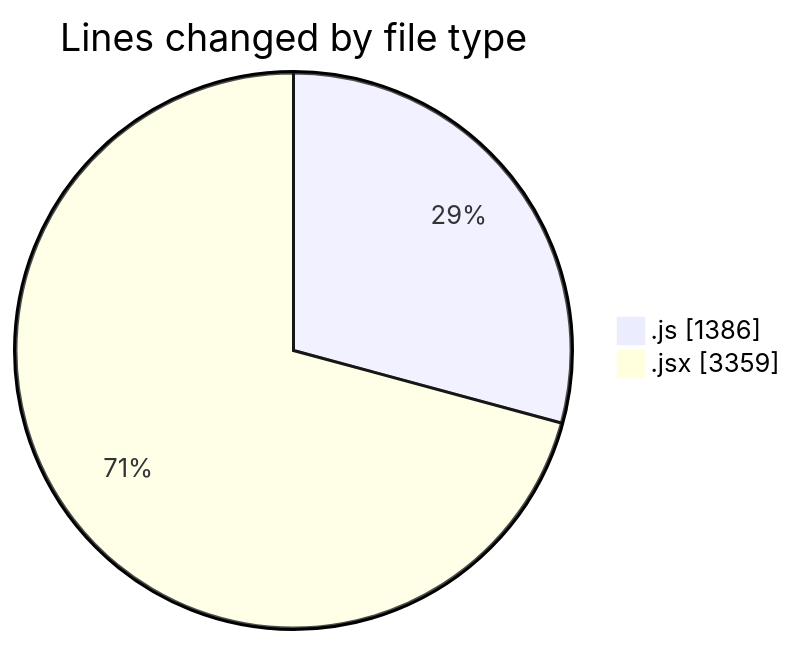
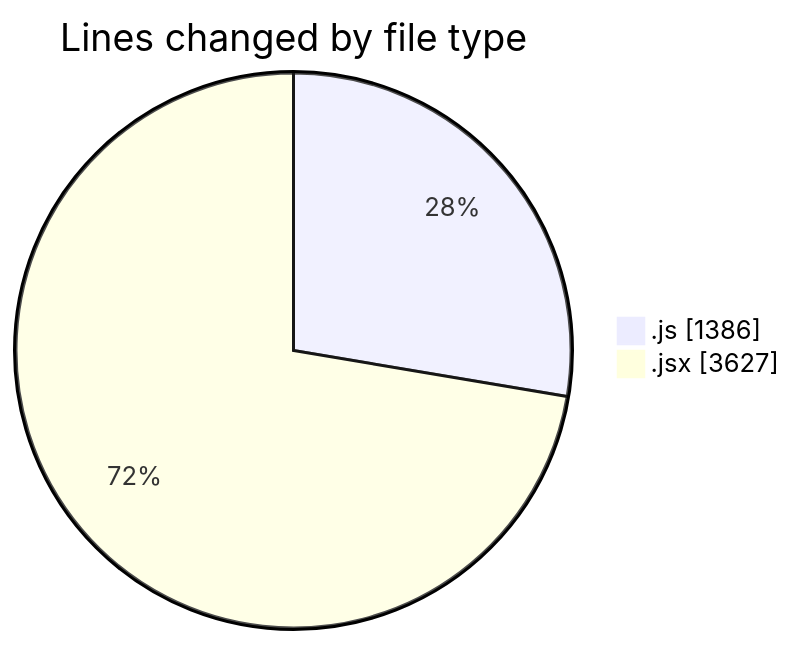
The first of 2 diagrams in 2025-07-29/nxtqube_webapp/README.md (nxtqubesakshisongat/code-tracking), drawn with Mermaid before and after one commit. The commit also changed other lines of this file and 1 other file, not shown here.

````diff
--- a/2025-07-29/nxtqube_webapp/README.md
+++ b/2025-07-29/nxtqube_webapp/README.md
@@ -31,6 +31,6 @@
 ```mermaid
 pie showData
 title Lines changed by file type
 ".js" : 1386
-".jsx" : 3359
+".jsx" : 3627
 ```
````
